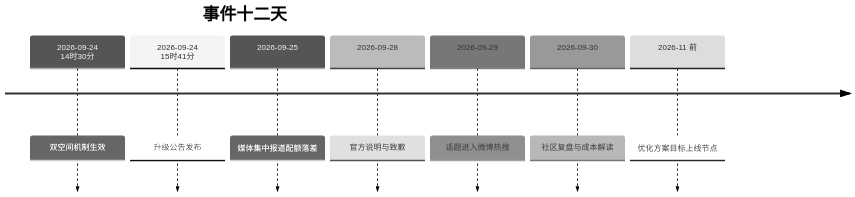
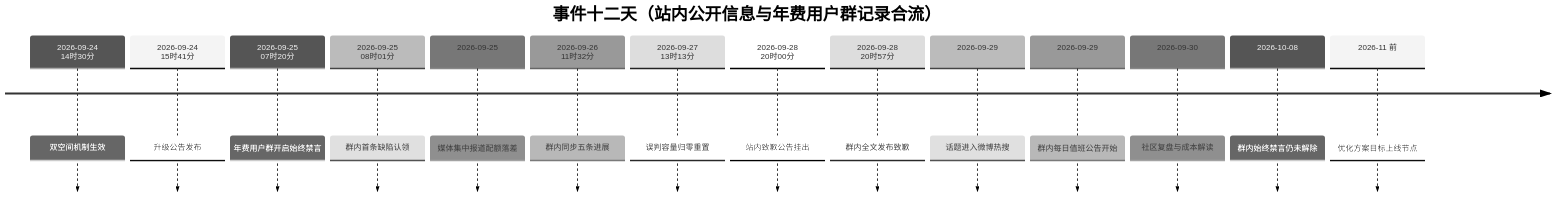
The second of 4 diagrams in docs/posts/test002.md (moaradc/blog-content), drawn with Mermaid (neutral theme) before and after one commit. The commit also changed other lines of this file, not shown here.

````diff
--- a/docs/posts/test002.md
+++ b/docs/posts/test002.md
@@ -69,11 +74,18 @@
 ```mermaid
 timeline
-    title 事件十二天
+    title 事件十二天（站内公开信息与年费用户群记录合流）
     2026-09-24 14时30分 : 双空间机制生效
     2026-09-24 15时41分 : 升级公告发布
+    2026-09-25 07时20分 : 年费用户群开启始终禁言
+    2026-09-25 08时01分 : 群内首条缺陷认领
     2026-09-25 : 媒体集中报道配额落差
-    2026-09-28 : 官方说明与致歉
+    2026-09-26 11时32分 : 群内同步五条进展
+    2026-09-27 13时13分 : 误判容量归零重置
+    2026-09-28 20时00分 : 站内致歉公告挂出
+    2026-09-28 20时57分 : 群内全文发布致歉
     2026-09-29 : 话题进入微博热搜
+    2026-09-29 : 群内每日值班公告开始
     2026-09-30 : 社区复盘与成本解读
+    2026-10-08 : 群内始终禁言仍未解除
     2026-11 前 : 优化方案目标上线节点
 ```
````
